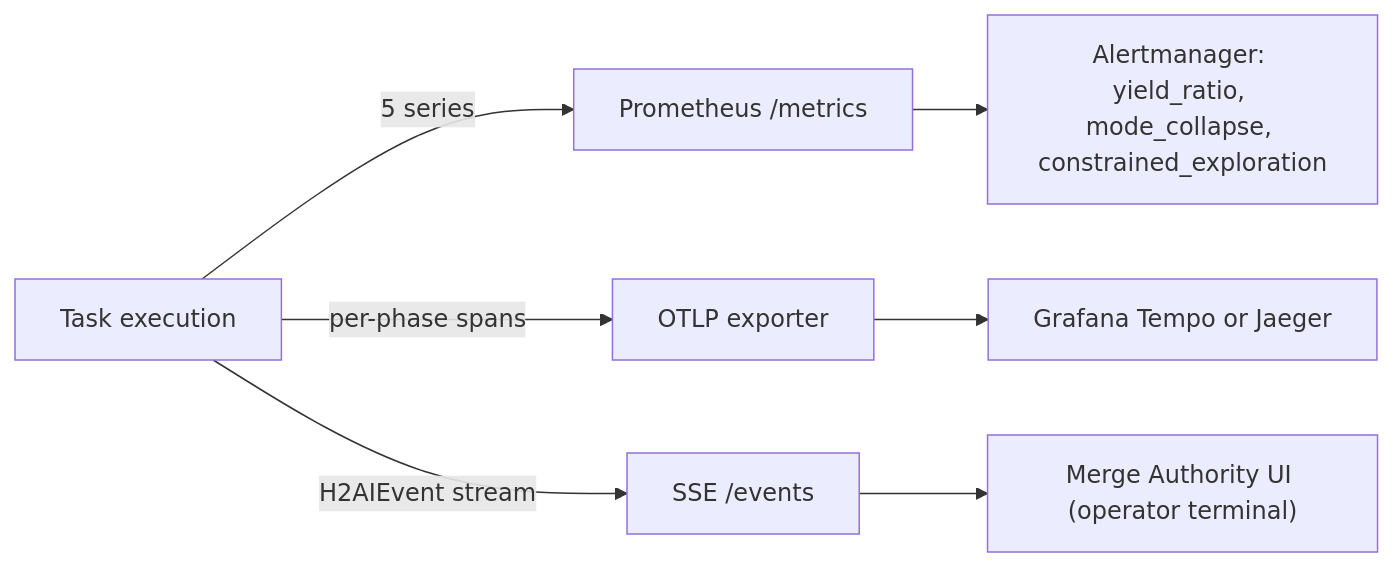
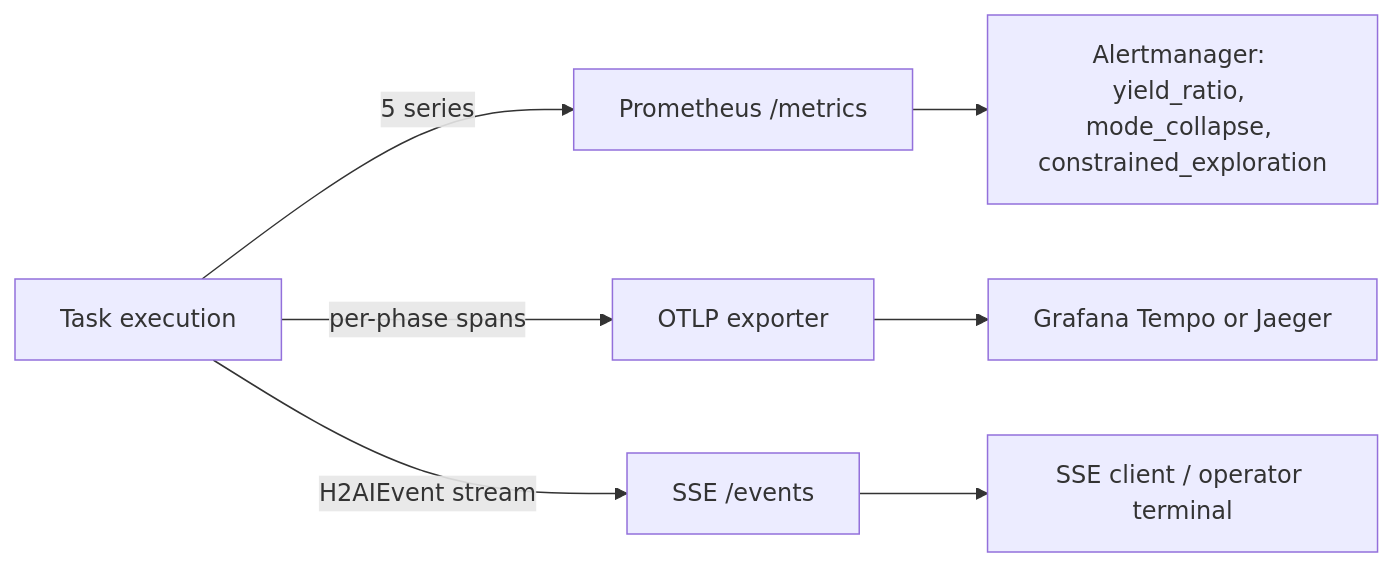
Before and after one commit to immediatus/h2ai-control-plane: diagram 17 of 19 in docs/architecture/architecture.md, drawn with Mermaid. The commit also changed other lines of this file and 71 other files, not shown here.

````diff
--- a/docs/architecture/architecture.md
+++ b/docs/architecture/architecture.md
@@ -1146,9 +1150,9 @@
 ```mermaid
 flowchart LR
     T[Task execution] -->|5 series| P[Prometheus /metrics]
     T -->|per-phase spans| O[OTLP exporter]
     T -->|H2AIEvent stream| SSE[SSE /events]
     O --> G["Grafana Tempo or Jaeger"]
     P --> A["Alertmanager: yield_ratio, mode_collapse, constrained_exploration"]
-    SSE --> UI["Merge Authority UI (operator terminal)"]
+    SSE --> UI["SSE client / operator terminal"]
 ```
````
